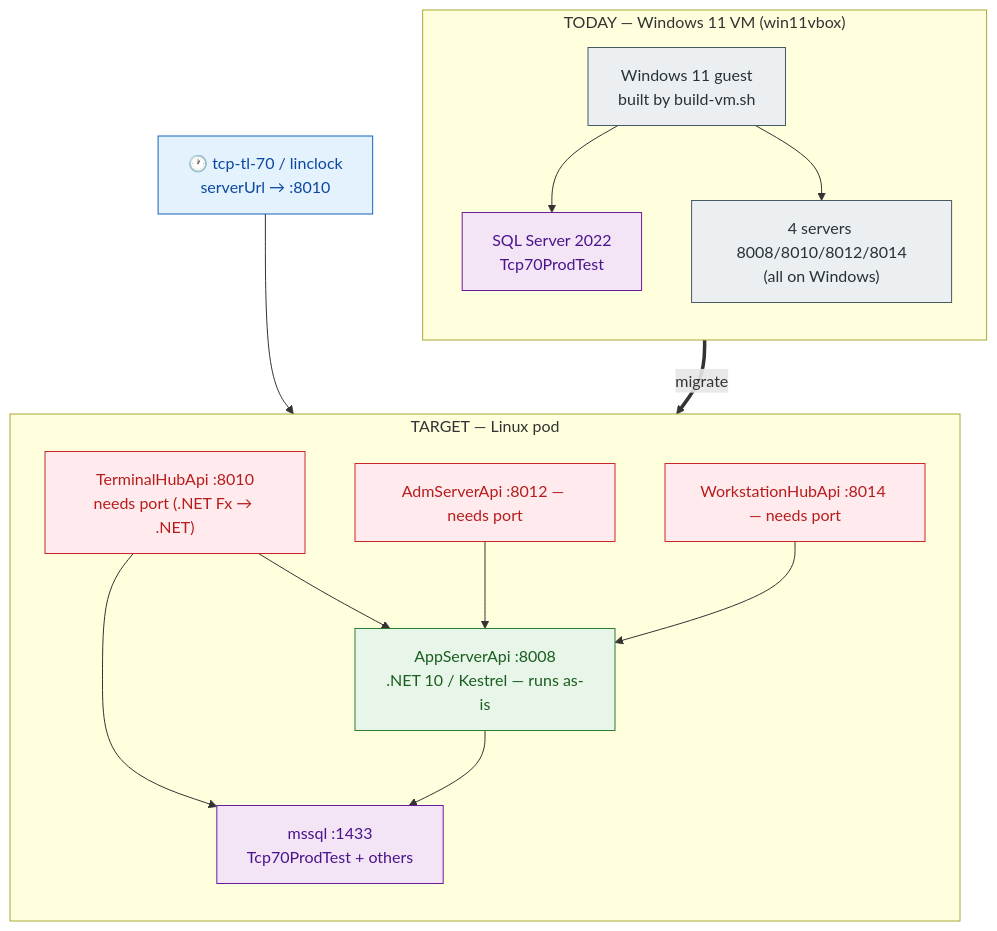
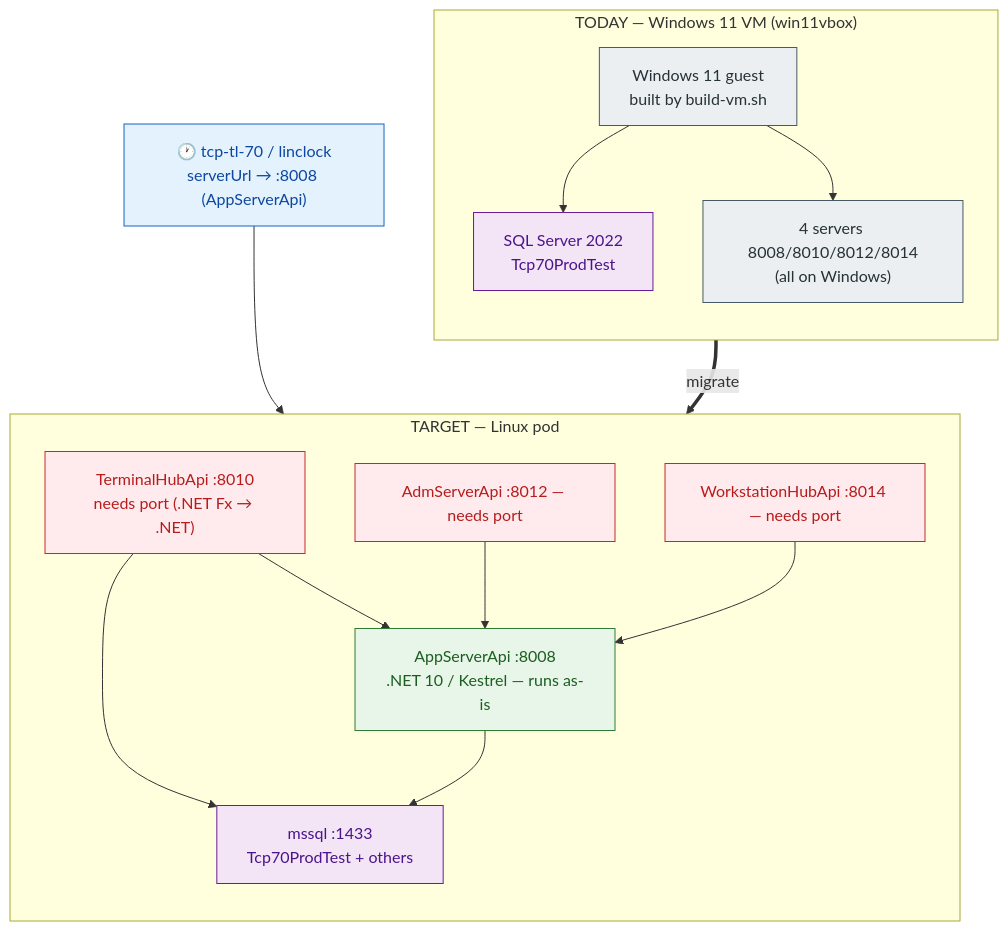
One commit to tcp-software/win11vbox changed the first of 5 diagrams in docs/linux-pod-plan.md. Above: the diagram before and after it, drawn with Mermaid. The commit also changed other lines of this file, not shown here.

First line of the commit message:
linux-pod-plan: Phase 3 sizing + CORRECTION -- the clock talks to AppServerApi (:8008), TerminalHubApi is an admin proxy

````diff
--- a/docs/linux-pod-plan.md
+++ b/docs/linux-pod-plan.md
@@ -46,35 +50,35 @@
 ```mermaid
 flowchart TD
     classDef vm   fill:#eceff1,stroke:#455a64,color:#263238;
     classDef data fill:#f3e5f5,stroke:#6a1b9a,color:#4a148c;
     classDef ok   fill:#e8f5e9,stroke:#2e7d32,color:#1b5e20;
     classDef port fill:#ffebee,stroke:#c62828,color:#b71c1c;
     classDef ext  fill:#e3f2fd,stroke:#1565c0,color:#0d47a1;
 
     subgraph NOW["TODAY — Windows 11 VM (win11vbox)"]
         direction TB
         VM["Windows 11 guest<br/>built by build-vm.sh"]:::vm
         VSQL["SQL Server 2022<br/>Tcp70ProdTest"]:::data
         VS["4 servers 8008/8010/8012/8014<br/>(all on Windows)"]:::vm
         VM --> VSQL
         VM --> VS
     end
 
     subgraph TGT["TARGET — Linux pod"]
         direction TB
         DB["mssql :1433<br/>Tcp70ProdTest + others"]:::data
         APP["AppServerApi :8008<br/>.NET 10 / Kestrel — runs as-is"]:::ok
         HUB["TerminalHubApi :8010<br/>needs port (.NET Fx → .NET)"]:::port
         ADM["AdmServerApi :8012 — needs port"]:::port
         WS["WorkstationHubApi :8014 — needs port"]:::port
         APP --> DB
         HUB --> APP
         ADM --> APP
         WS --> APP
         HUB --> DB
     end
 
     NOW ==>|migrate| TGT
-    CLK["🕐 tcp-tl-70 / linclock<br/>serverUrl → :8010"]:::ext
+    CLK["🕐 tcp-tl-70 / linclock<br/>serverUrl → :8008 (AppServerApi)"]:::ext
     CLK --> HUB
 ```
````
